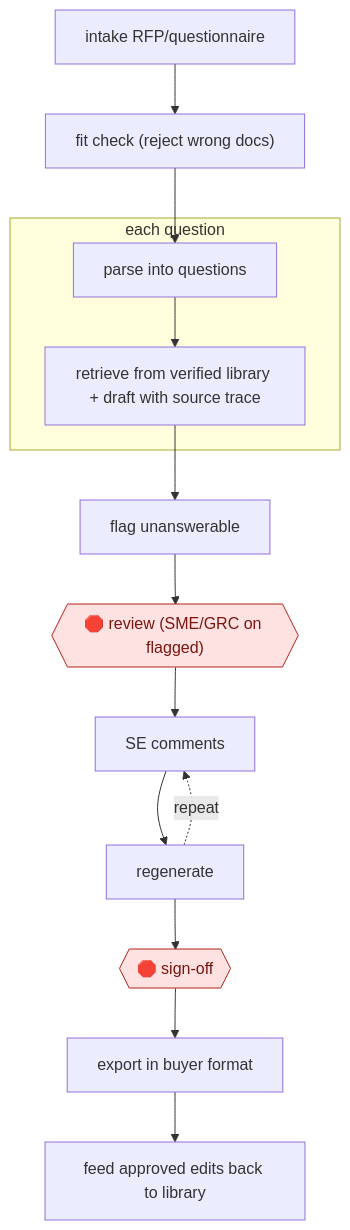
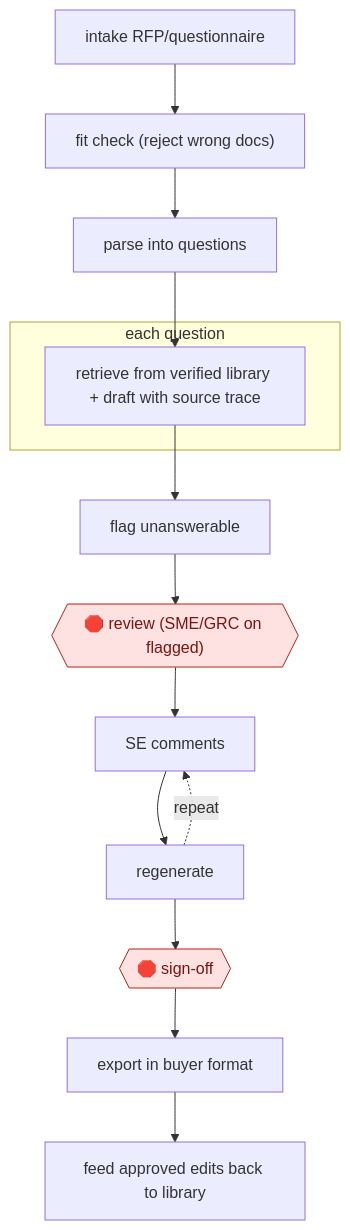
The diagram in workflows/COM/SAL/RFP/governed-library-response-draft/README.md (milesradford99/agent-workflow-atlas), drawn with Mermaid before and after one commit. The commit also changed other lines of this file and 171 other files, not shown here.

````diff
--- a/workflows/COM/SAL/RFP/governed-library-response-draft/README.md
+++ b/workflows/COM/SAL/RFP/governed-library-response-draft/README.md
@@ -31,28 +31,28 @@
 ```mermaid
 flowchart TD
   n1["intake RFP/questionnaire"]
   n2["fit check (reject wrong docs)"]
-  n1 --> n2
   n3["parse into questions"]
-  n2 --> n3
   subgraph s4["each question"]
   n5["retrieve from verified library + draft with source trace"]
-  n3 --> n5
   end
   n6["flag unanswerable"]
+  n7{{"🛑 review (SME/GRC on flagged)"}}:::stop
+  n8["SE comments"]
+  n9["regenerate"]
+  n10{{"🛑 sign-off"}}:::stop
+  n11["export in buyer format"]
+  n12["feed approved edits back to library"]
+  n1 --> n2
+  n2 --> n3
+  n3 --> n5
   n5 --> n6
-  n7{{"🛑 review (SME/GRC on flagged)"}}:::stop
   n6 --> n7
-  n8["SE comments"]
   n7 --> n8
-  n9["regenerate"]
   n8 --> n9
   n9 -.->|repeat| n8
-  n10{{"🛑 sign-off"}}:::stop
   n9 --> n10
-  n11["export in buyer format"]
   n10 --> n11
-  n12["feed approved edits back to library"]
   n11 --> n12
   classDef stop fill:#fde2e1,stroke:#b42318,color:#7a1610
 ```
````
